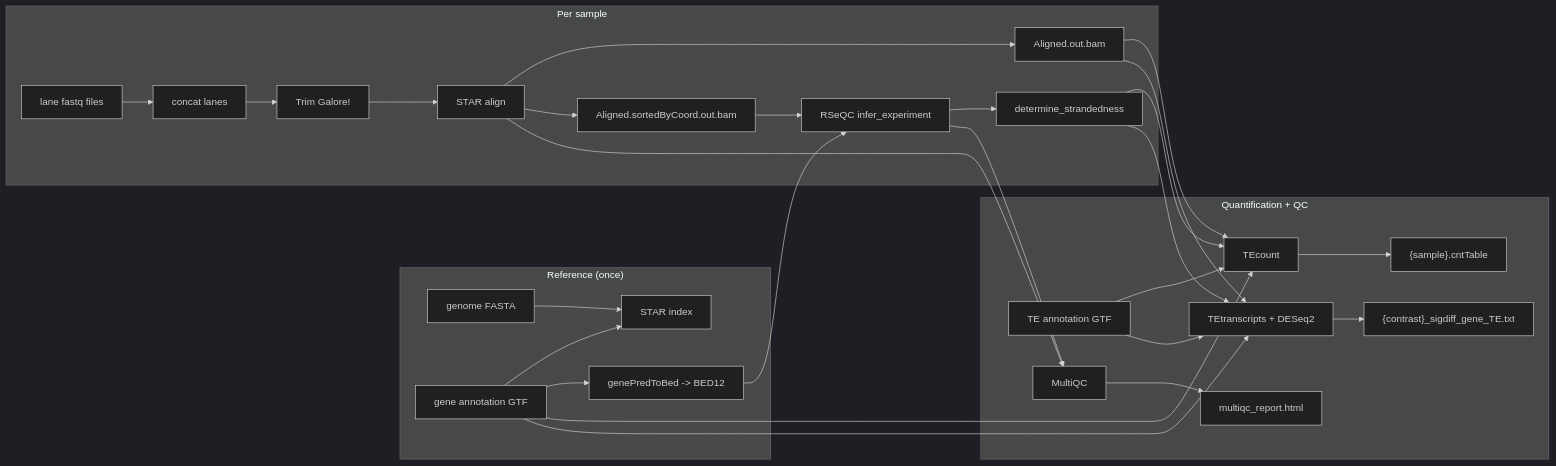
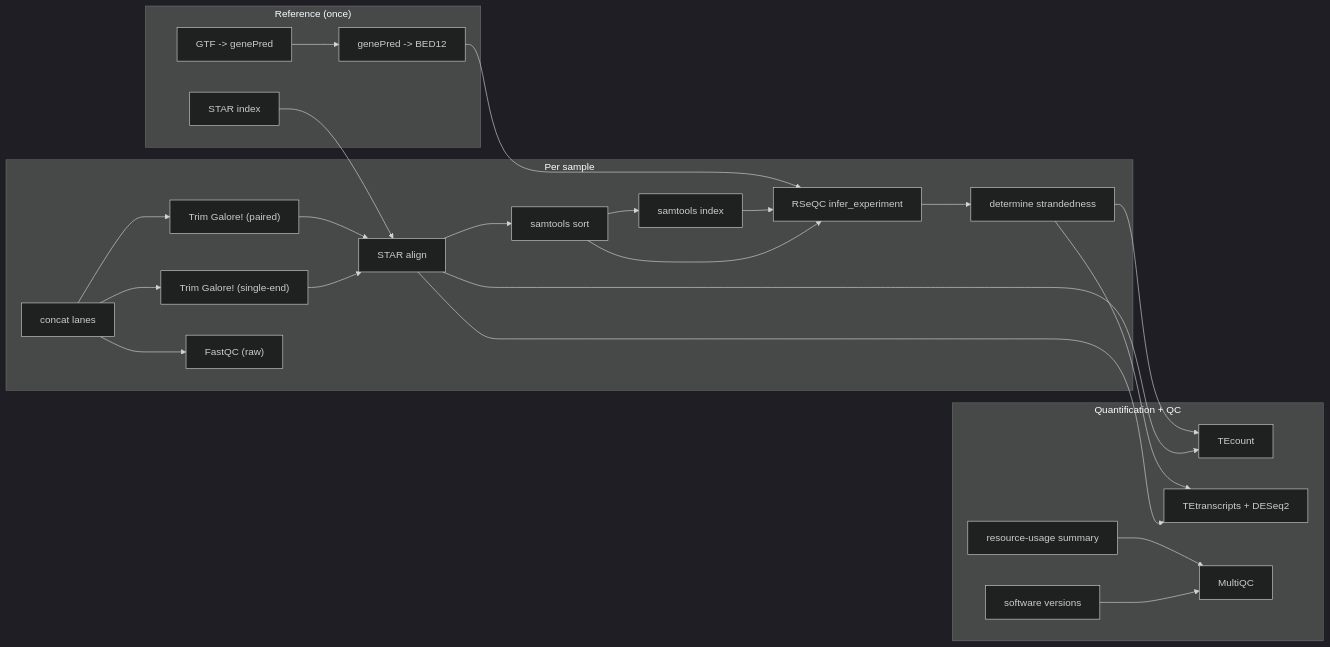
Before and after one commit to altintasali/TEtranscripts-pipe: the diagram in README.md, drawn with Mermaid (dark theme). The commit also changed other lines of this file and 3 other files, not shown here.

Commit message:
README: auto-generated flowchart (rulegraph->mermaid) with CI freshness check; drop run_slurm.sh in favor of direct --workflow-profile; add TOC + pipeline-at-a-glance

````diff
--- a/README.md
+++ b/README.md
@@ -9,35 +10,45 @@
 ```mermaid
 flowchart LR
-    subgraph refs["Reference (once)"]
-        fasta[genome FASTA] --> staridx[STAR index]
-        gtf[gene annotation GTF] --> staridx
-        gtf --> bed12[genePredToBed -> BED12]
+    subgraph reference_once["Reference (once)"]
+        star_index["STAR index"]
+        gtf_to_genepred["GTF -> genePred"]
+        genepred_to_bed12["genePred -> BED12"]
     end
-
-    subgraph sample["Per sample"]
-        lanes[lane fastq files] --> merge[concat lanes] --> trim[Trim Galore!] --> align[STAR align]
-        align --> unsorted[Aligned.out.bam]
-        align --> sorted[Aligned.sortedByCoord.out.bam]
-        sorted --> infer[RSeQC infer_experiment]
-        bed12 --> infer
-        infer --> strand[determine_strandedness]
+    subgraph per_sample["Per sample"]
+        cat_fastq["concat lanes"]
+        trim_galore_pe["Trim Galore! (paired)"]
+        trim_galore_se["Trim Galore! (single-end)"]
+        star_align["STAR align"]
+        samtools_sort["samtools sort"]
+        samtools_index["samtools index"]
+        fastqc_raw["FastQC (raw)"]
+        rseqc_infer_experiment["RSeQC infer_experiment"]
+        determine_strandedness["determine strandedness"]
     end
-
-    subgraph quant["Quantification + QC"]
-        unsorted --> tecount[TEcount]
-        gtf --> tecount
-        teg[TE annotation GTF] --> tecount
-        strand --> tecount
-        tecount --> cnt["{sample}.cntTable"]
-
-        unsorted --> diffexp[TEtranscripts + DESeq2]
-        gtf --> diffexp
-        teg --> diffexp
-        strand --> diffexp
-        diffexp --> sig["{contrast}_sigdiff_gene_TE.txt"]
-
-        align --> multiqc[MultiQC]
-        infer --> multiqc
-        multiqc --> report[multiqc_report.html]
+    subgraph quantification_qc["Quantification + QC"]
+        tecount["TEcount"]
+        tetranscripts_diffexp["TEtranscripts + DESeq2"]
+        software_versions["software versions"]
+        benchmark_summary["resource-usage summary"]
+        multiqc["MultiQC"]
     end
+    benchmark_summary --> multiqc
+    cat_fastq --> fastqc_raw
+    cat_fastq --> trim_galore_pe
+    cat_fastq --> trim_galore_se
+    determine_strandedness --> tecount
+    determine_strandedness --> tetranscripts_diffexp
+    genepred_to_bed12 --> rseqc_infer_experiment
+    gtf_to_genepred --> genepred_to_bed12
+    rseqc_infer_experiment --> determine_strandedness
+    samtools_index --> rseqc_infer_experiment
+    samtools_sort --> rseqc_infer_experiment
+    samtools_sort --> samtools_index
+    software_versions --> multiqc
+    star_align --> samtools_sort
+    star_align --> tecount
+    star_align --> tetranscripts_diffexp
+    star_index --> star_align
+    trim_galore_pe --> star_align
+    trim_galore_se --> star_align
 ```
````
